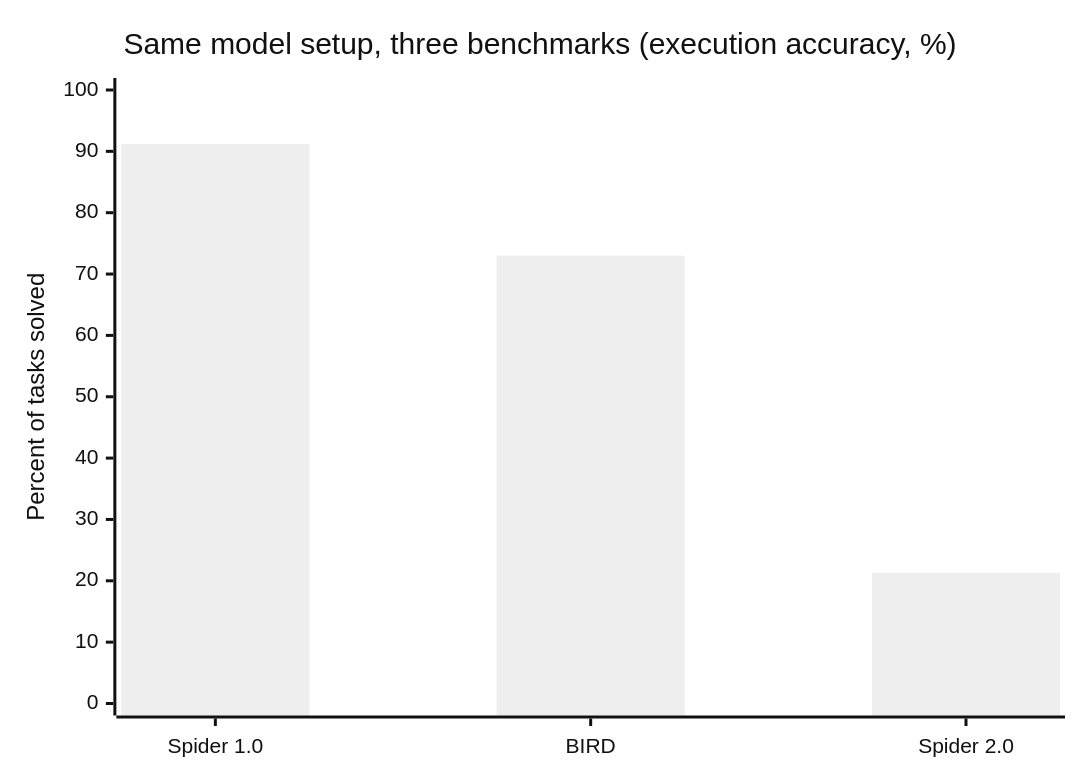
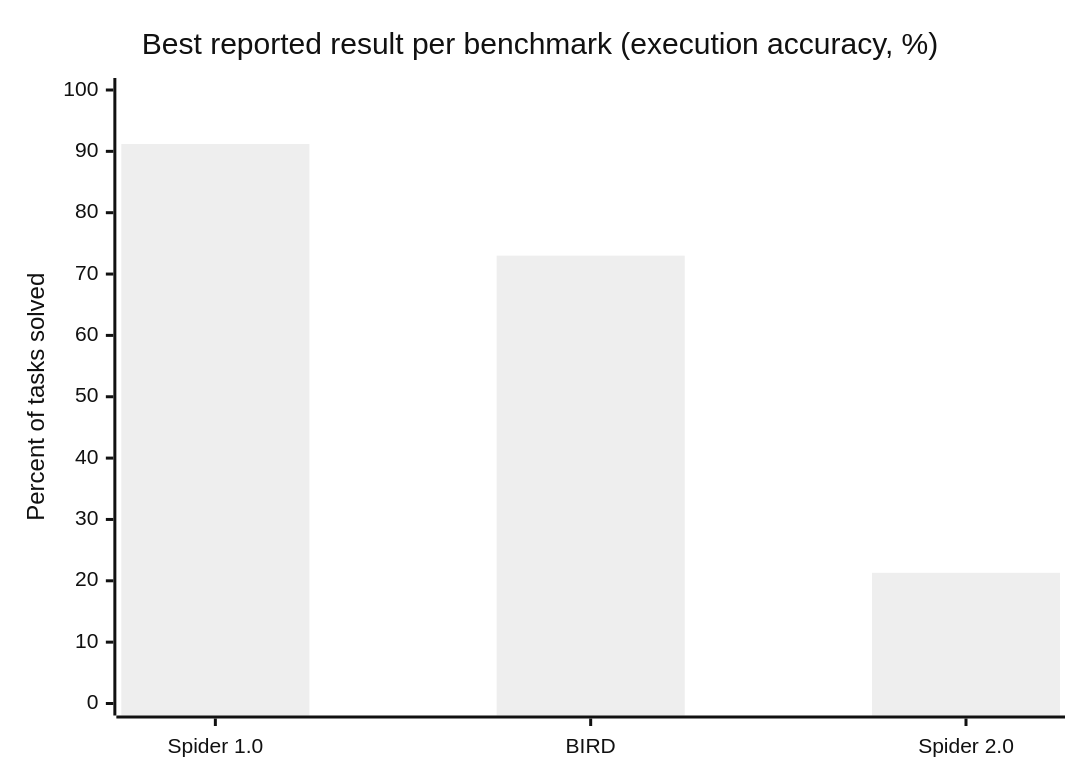
One commit to FrankHuang94/data_tech_db_claude changed the third of 4 diagrams in docs/03-ai-data-stack/ch22-agents-and-data.md. Above: the diagram before and after it, drawn with Mermaid (neutral theme). The commit also changed other lines of this file and 21 other files, not shown here.

````diff
--- a/docs/03-ai-data-stack/ch22-agents-and-data.md
+++ b/docs/03-ai-data-stack/ch22-agents-and-data.md
@@ -105,7 +105,7 @@
 ```mermaid
 xychart-beta
-  title "Same model setup, three benchmarks (execution accuracy, %)"
+  title "Best reported result per benchmark (execution accuracy, %)"
   x-axis ["Spider 1.0", "BIRD", "Spider 2.0"]
   y-axis "Percent of tasks solved" 0 --> 100
   bar [91.2, 73.0, 21.3]
 ```
````
